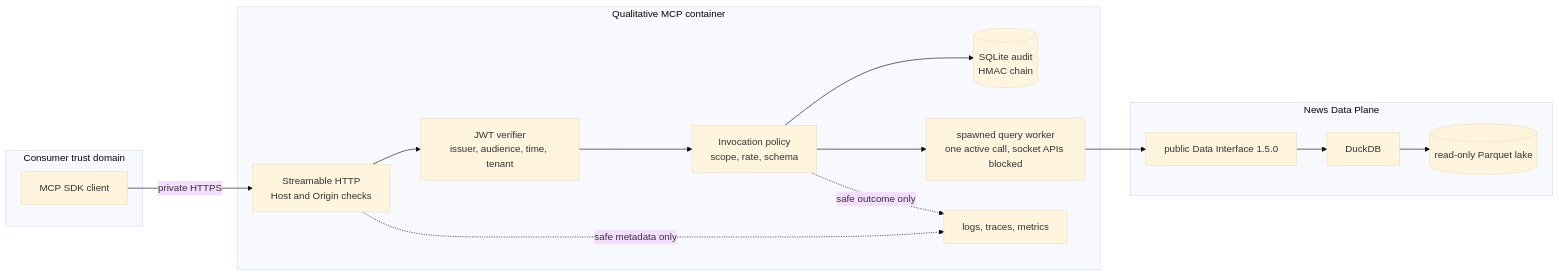
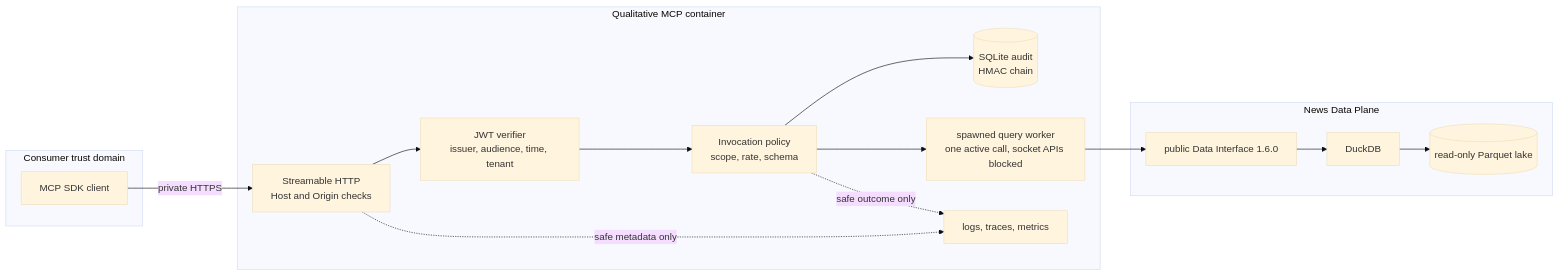
The first of 4 diagrams in docs/ARCHITECTURE.md (SiddarthaKoppaka/stram_qualitative_mcp), drawn with Mermaid (base theme) before and after one commit. The commit also changed other lines of this file and 30 other files, not shown here.

Commit message:
M3: real qual_describe_coverage and qual_get_news_timeline on stram_data 1.6.0

````diff
--- a/docs/ARCHITECTURE.md
+++ b/docs/ARCHITECTURE.md
@@ -10,24 +10,24 @@
 ```mermaid
 flowchart LR
     subgraph consumer[Consumer trust domain]
         C[MCP SDK client]
     end
     subgraph tool[Qualitative MCP container]
         H[Streamable HTTP<br/>Host and Origin checks]
         A[JWT verifier<br/>issuer, audience, time, tenant]
         P[Invocation policy<br/>scope, rate, schema]
         J[(SQLite audit<br/>HMAC chain)]
     W[spawned query worker<br/>one active call, socket APIs blocked]
         O[logs, traces, metrics]
     end
     subgraph data[News Data Plane]
-        I[public Data Interface 1.5.0]
+        I[public Data Interface 1.6.0]
         Q[DuckDB]
         L[(read-only Parquet lake)]
     end
     C -->|private HTTPS| H --> A --> P
     P --> J
     P --> W --> I --> Q --> L
     H -. safe metadata only .-> O
     P -. safe outcome only .-> O
 ```
````
